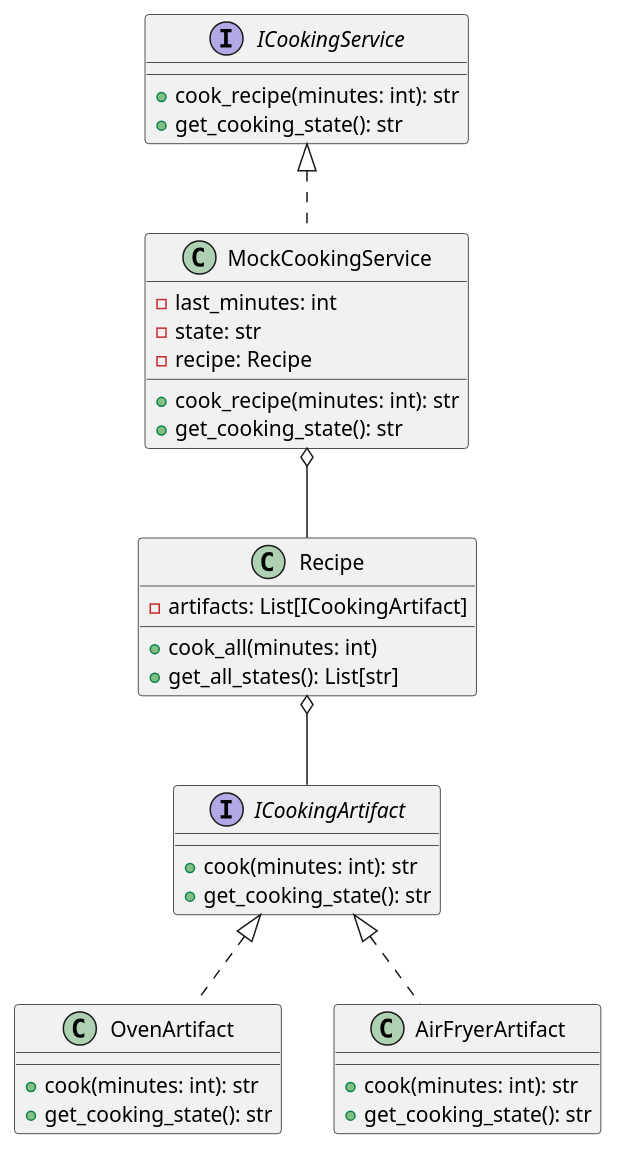
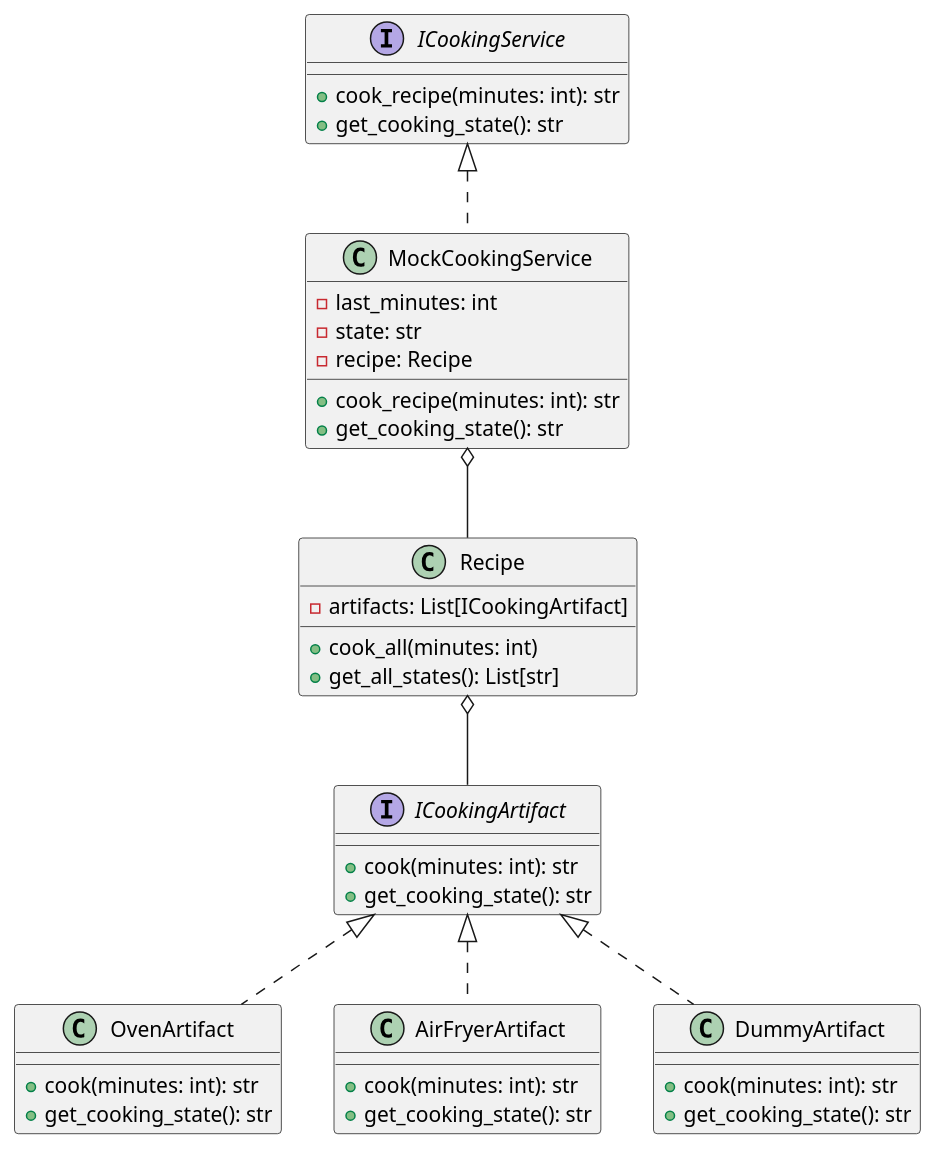
One commit to dsalazar-lectures/software-design-I2025 changed the diagram in general_examples/tests_example/diagram.puml. Above: the diagram before and after it, drawn with PlantUML. The commit also changed 2 other files, not shown here.

```diff
--- a/general_examples/tests_example/diagram.puml
+++ b/general_examples/tests_example/diagram.puml
@@ -1,43 +1,49 @@
-@startuml
+@startuml CookingDiagram
 
 interface ICookingService {
     + cook_recipe(minutes: int): str
     + get_cooking_state(): str
 }
 
 interface ICookingArtifact {
     + cook(minutes: int): str
     + get_cooking_state(): str
 }
 
 class MockCookingService {
     - last_minutes: int
     - state: str
     - recipe: Recipe
     + cook_recipe(minutes: int): str
     + get_cooking_state(): str
 }
 
 class Recipe {
     - artifacts: List[ICookingArtifact]
     + cook_all(minutes: int)
     + get_all_states(): List[str]
 }
 
 class OvenArtifact {
     + cook(minutes: int): str
     + get_cooking_state(): str
 }
 
 class AirFryerArtifact {
     + cook(minutes: int): str
     + get_cooking_state(): str
 }
 
+class DummyArtifact {
+    + cook(minutes: int): str
+    + get_cooking_state(): str
+}
+
 ICookingService <|.. MockCookingService
 ICookingArtifact <|.. OvenArtifact
 ICookingArtifact <|.. AirFryerArtifact
+ICookingArtifact <|.. DummyArtifact
 Recipe o-- ICookingArtifact
 MockCookingService o-- Recipe
 
 @enduml
```
